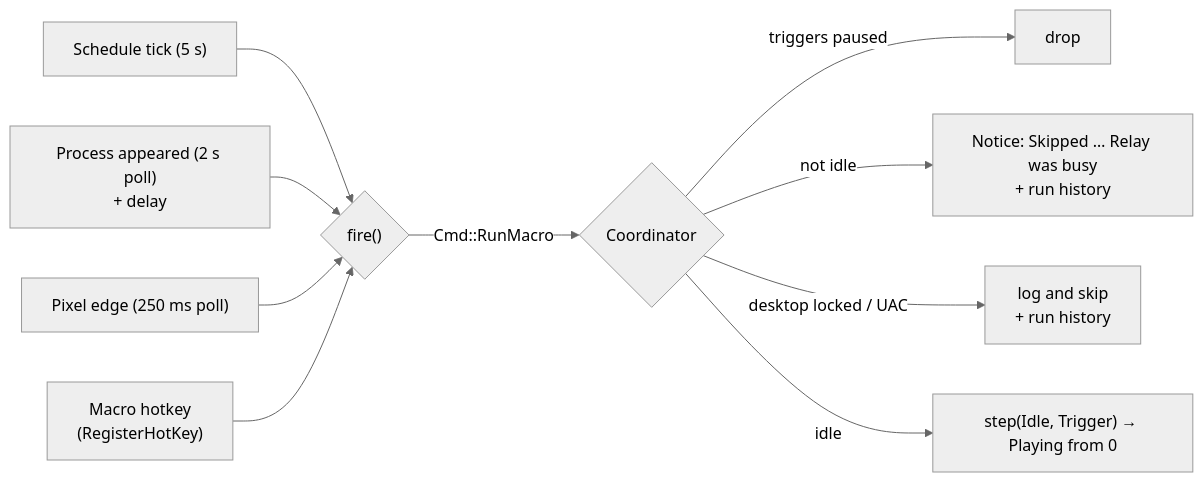
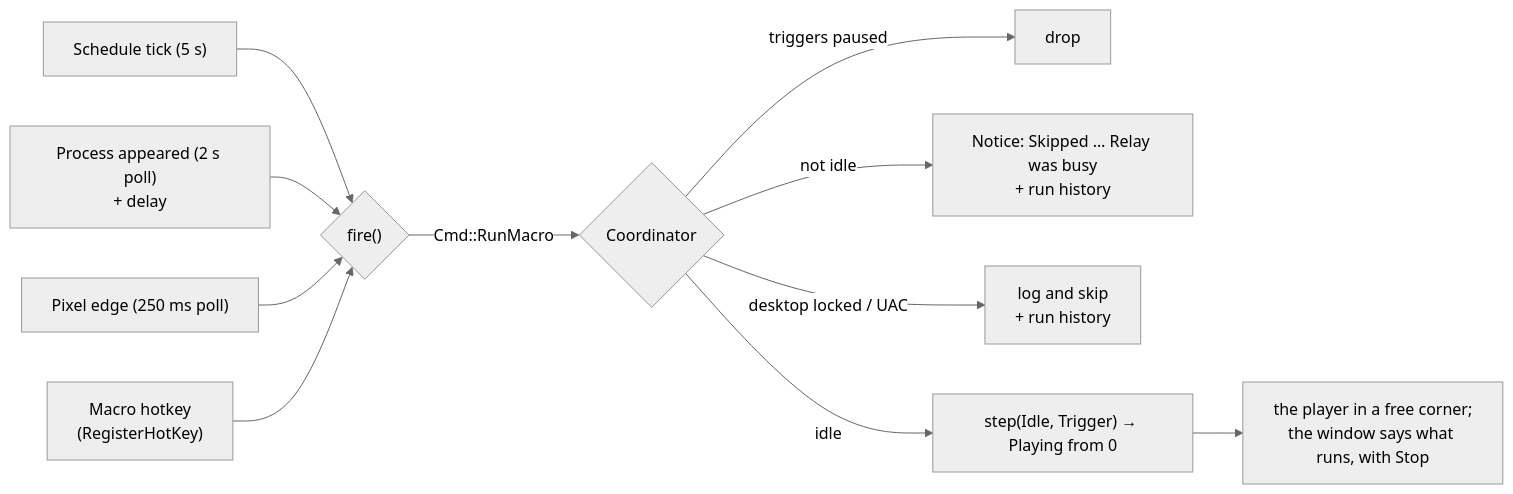
The fifth of 6 diagrams in docs/engineering/architecture.md (HappyRave/Relay), drawn with Mermaid (neutral theme) before and after one commit. The commit also changed other lines of this file and 41 other files, not shown here.

````diff
--- a/docs/engineering/architecture.md
+++ b/docs/engineering/architecture.md
@@ -185,12 +193,13 @@
 ```mermaid
 flowchart LR
     S["Schedule tick (5 s)"] --> F{"fire()"}
     A["Process appeared (2 s poll)<br/>+ delay"] --> F
     X["Pixel edge (250 ms poll)"] --> F
     K["Macro hotkey<br/>(RegisterHotKey)"] --> F
     F -- "Cmd::RunMacro" --> C{"Coordinator"}
     C -- "triggers paused" --> N1["drop"]
     C -- "not idle" --> N2["Notice: Skipped … Relay was busy<br/>+ run history"]
     C -- "desktop locked / UAC" --> N3["log and skip<br/>+ run history"]
     C -- "idle" --> P["step(Idle, Trigger) → Playing from 0"]
+    P --> PL["the player in a free corner;<br/>the window says what runs, with Stop"]
 ```
````
